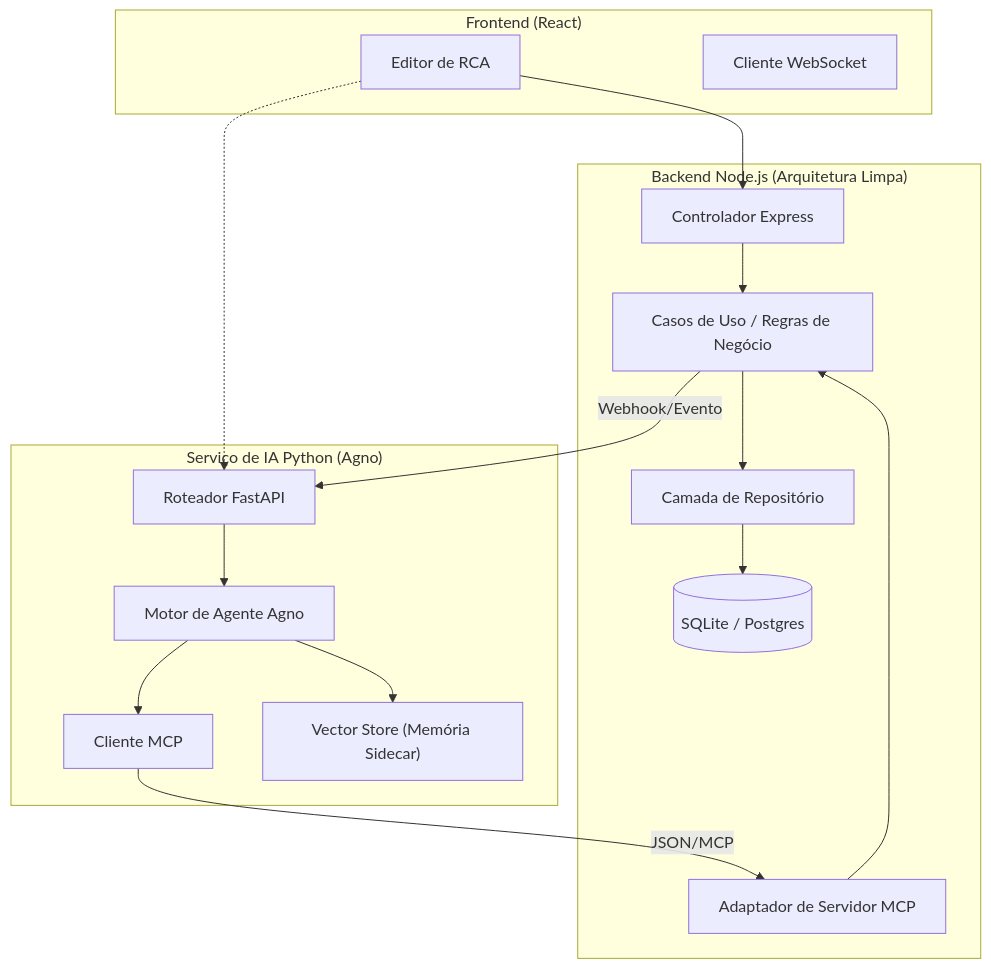
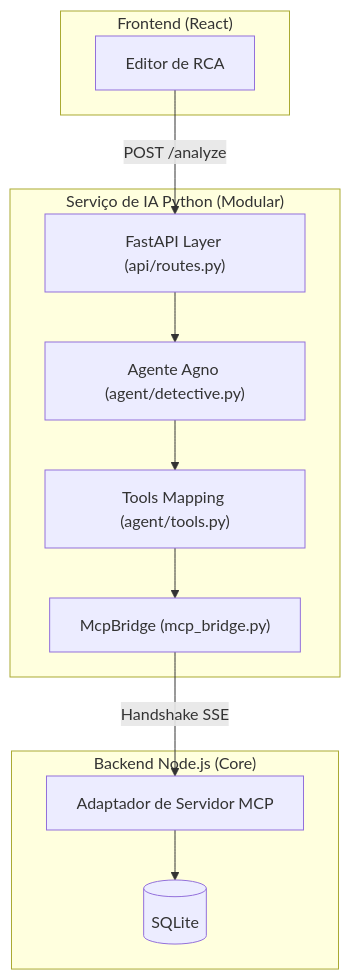
Before and after one commit to GuimaraesL/RCA-System: the first of 2 diagrams in docs/ai/DESIGN_TECNICO.md, drawn with Mermaid. The commit also changed other lines of this file and 18 other files, not shown here.

First line of the commit message:
refactor(ai): modularização do serviço de IA e implementação do agente Agno

````diff
--- a/docs/ai/DESIGN_TECNICO.md
+++ b/docs/ai/DESIGN_TECNICO.md
@@ -32,37 +35,26 @@
 ```mermaid
 graph TD
     subgraph "Frontend (React)"
         UI["Editor de RCA"]
-        WS["Cliente WebSocket"]
     end
 
-    subgraph "Backend Node.js (Arquitetura Limpa)"
-        API["Controlador Express"]
-        UC["Casos de Uso / Regras de Negócio"]
+    subgraph "Backend Node.js (Core)"
         MCPS["Adaptador de Servidor MCP"]
-        REP["Camada de Repositório"]
-        SQL[("SQLite / Postgres")]
+        SQL[("SQLite")]
     end
 
-    subgraph "Serviço de IA Python (Agno)"
-        FA["Roteador FastAPI"]
-        AGN["Motor de Agente Agno"]
-        MCPC["Cliente MCP"]
-        VEC["Vector Store (Memória Sidecar)"]
+    subgraph "Serviço de IA Python (Modular)"
+        API["FastAPI Layer (api/routes.py)"]
+        AGN["Agente Agno (agent/detective.py)"]
+        TOOL["Tools Mapping (agent/tools.py)"]
+        MCPC["McpBridge (mcp_bridge.py)"]
     end
 
     %% Fluxos
-    UI --> API
-    API --> UC
-    UC --> REP
-    REP --> SQL
-    
-    UI -.-> FA
-    AGN --> MCPC
-    MCPC -- "JSON/MCP" --> MCPS
-    MCPS --> UC
-    
-    UC -- "Webhook/Evento" --> FA
-    FA --> AGN
-    AGN --> VEC
+    UI -- "POST /analyze" --> API
+    API --> AGN
+    AGN --> TOOL
+    TOOL --> MCPC
+    MCPC -- "Handshake SSE" --> MCPS
+    MCPS --> SQL
 ```
````
